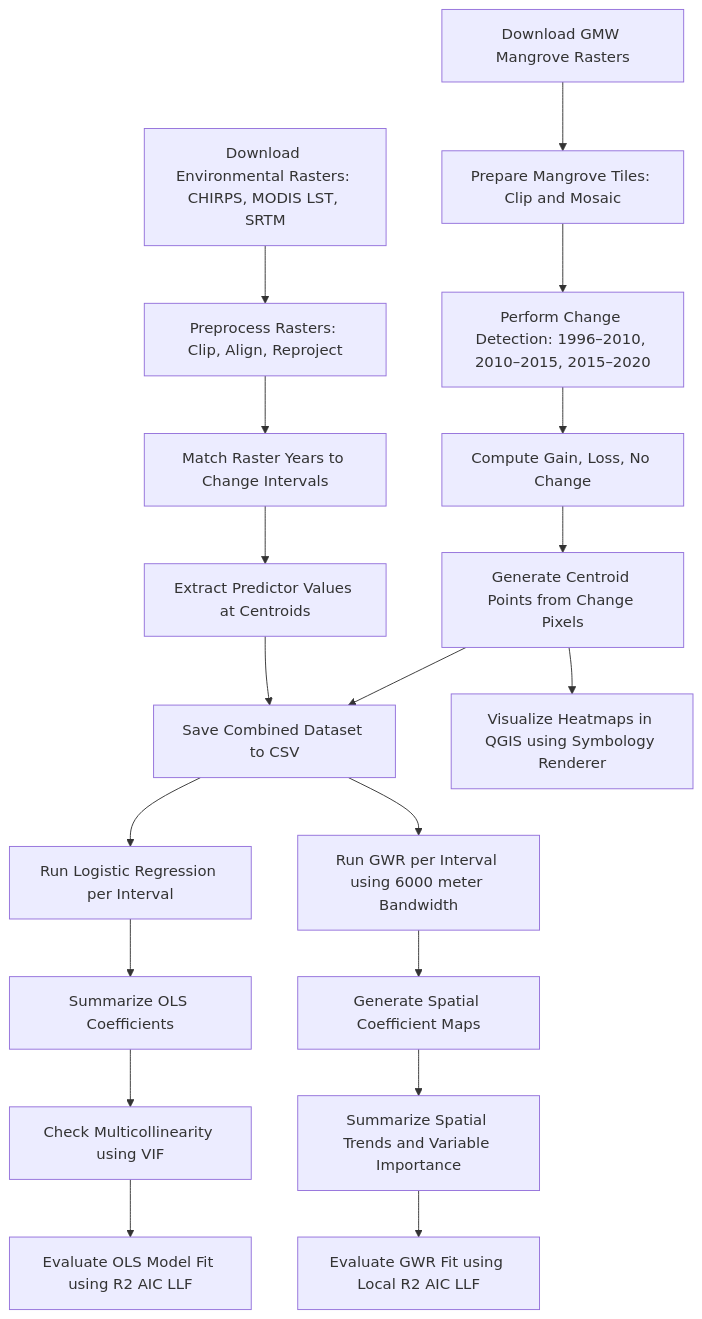
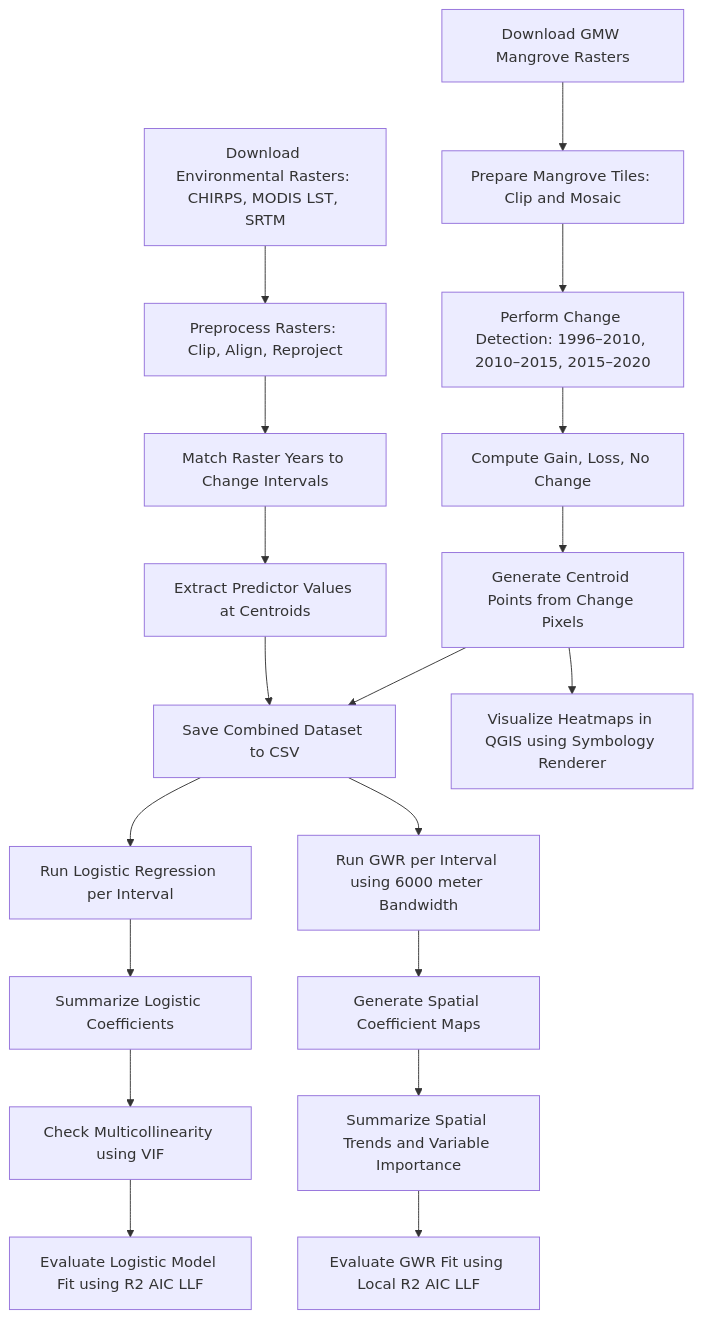
One commit to jarencecasisirano/palawan-mangroves changed the diagram in README.md. Above: the diagram before and after it, drawn with Mermaid. The commit also changed 1 other file, not shown here.

Commit message:
updated readme and qgis file

````diff
--- a/README.md
+++ b/README.md
@@ -32,37 +32,37 @@
 ```mermaid
 flowchart TD
 
 %% Input Sources
 A1[Download GMW Mangrove Rasters]
 A2[Download Environmental Rasters: CHIRPS, MODIS LST, SRTM]
 
 %% Mangrove Processing
 A1 --> B1[Prepare Mangrove Tiles: Clip and Mosaic]
 B1 --> C1[Perform Change Detection: 1996–2010, 2010–2015, 2015–2020]
 C1 --> D1[Compute Gain, Loss, No Change]
 
 %% Environmental Data Prep
 A2 --> B2[Preprocess Rasters: Clip, Align, Reproject]
 B2 --> C2[Match Raster Years to Change Intervals]
 
 %% Alignment and Sampling
 D1 --> E1[Generate Centroid Points from Change Pixels]
 C2 --> E2[Extract Predictor Values at Centroids]
 E1 --> F1[Save Combined Dataset to CSV]
 E2 --> F1
 
 %% Visualization
 E1 --> V1[Visualize Heatmaps in QGIS using Symbology Renderer]
 
-%% OLS Regression Path
+%% Logistic Regression Path
 F1 --> R1[Run Logistic Regression per Interval]
-R1 --> R2[Summarize OLS Coefficients]
+R1 --> R2[Summarize Logistic Coefficients]
 R2 --> R3[Check Multicollinearity using VIF]
-R3 --> R4[Evaluate OLS Model Fit using R2 AIC LLF]
+R3 --> R4[Evaluate Logistic Model Fit using R2 AIC LLF]
 
 %% GWR Path
 F1 --> GWR1[Run GWR per Interval using 6000 meter Bandwidth]
 GWR1 --> GWR2[Generate Spatial Coefficient Maps]
 GWR2 --> GWR3[Summarize Spatial Trends and Variable Importance]
 GWR3 --> GWR4[Evaluate GWR Fit using Local R2 AIC LLF]
 ```
````
